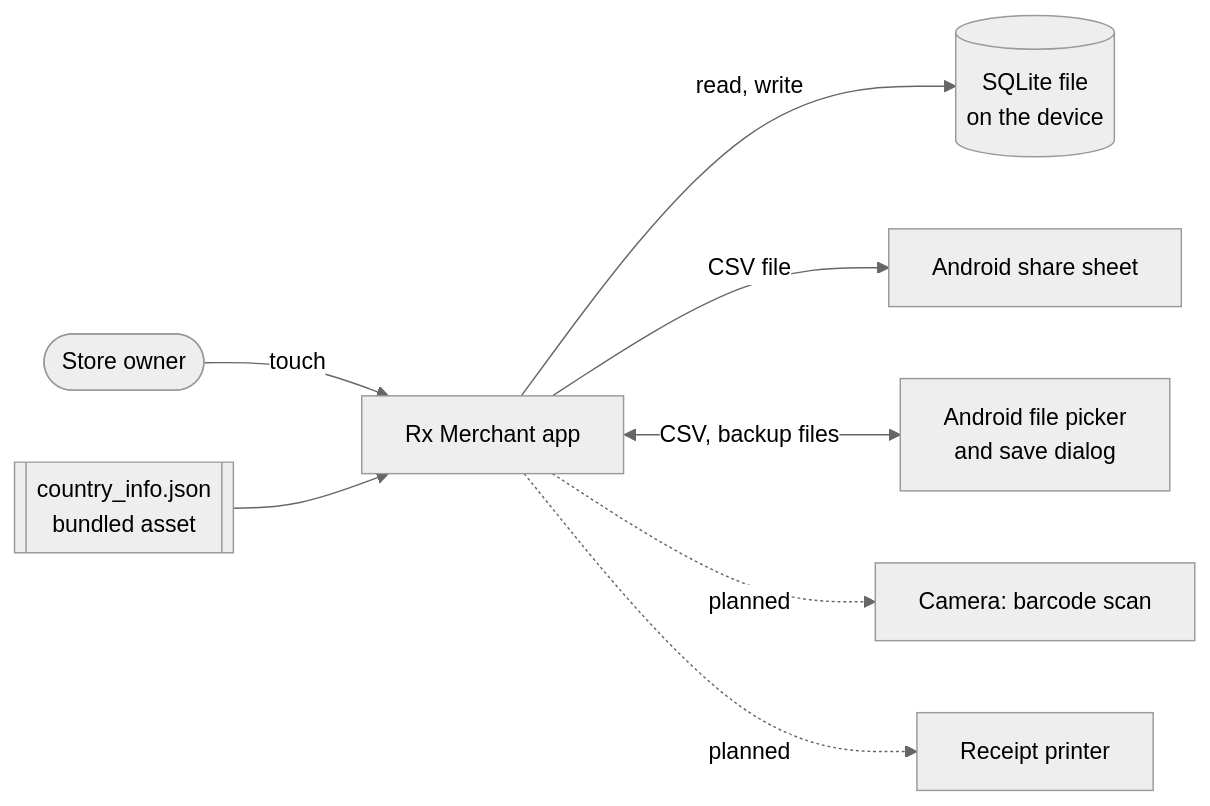
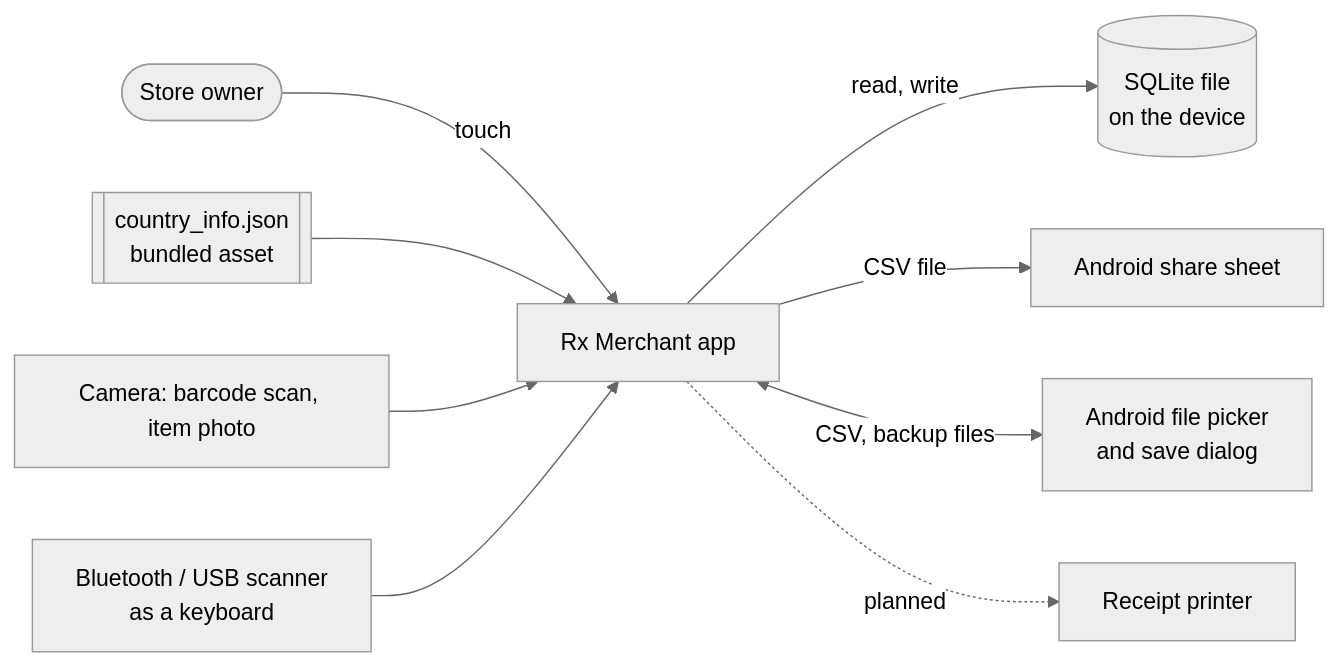
One commit to haroisded/Rx-Merchant changed the first of 3 diagrams in .claude/erpnext-planner/system-documentation.md. Above: the diagram before and after it, drawn with Mermaid (neutral theme). The commit also changed other lines of this file and 96 other files, not shown here.

````diff
--- a/.claude/erpnext-planner/system-documentation.md
+++ b/.claude/erpnext-planner/system-documentation.md
@@ -269,10 +306,11 @@
 ```mermaid
 flowchart LR
     Owner([Store owner]) -->|touch| App[Rx Merchant app]
     App -->|read, write| DB[(SQLite file<br/>on the device)]
     App -->|CSV file| Share[Android share sheet]
     App <-->|CSV, backup files| Files[Android file picker<br/>and save dialog]
     Asset[[country_info.json<br/>bundled asset]] --> App
-    App -.->|planned| Camera[Camera: barcode scan]
+    Camera[Camera: barcode scan, item photo] --> App
+    Scanner[Bluetooth / USB scanner<br/>as a keyboard] --> App
     App -.->|planned| Printer[Receipt printer]
 ```
````
